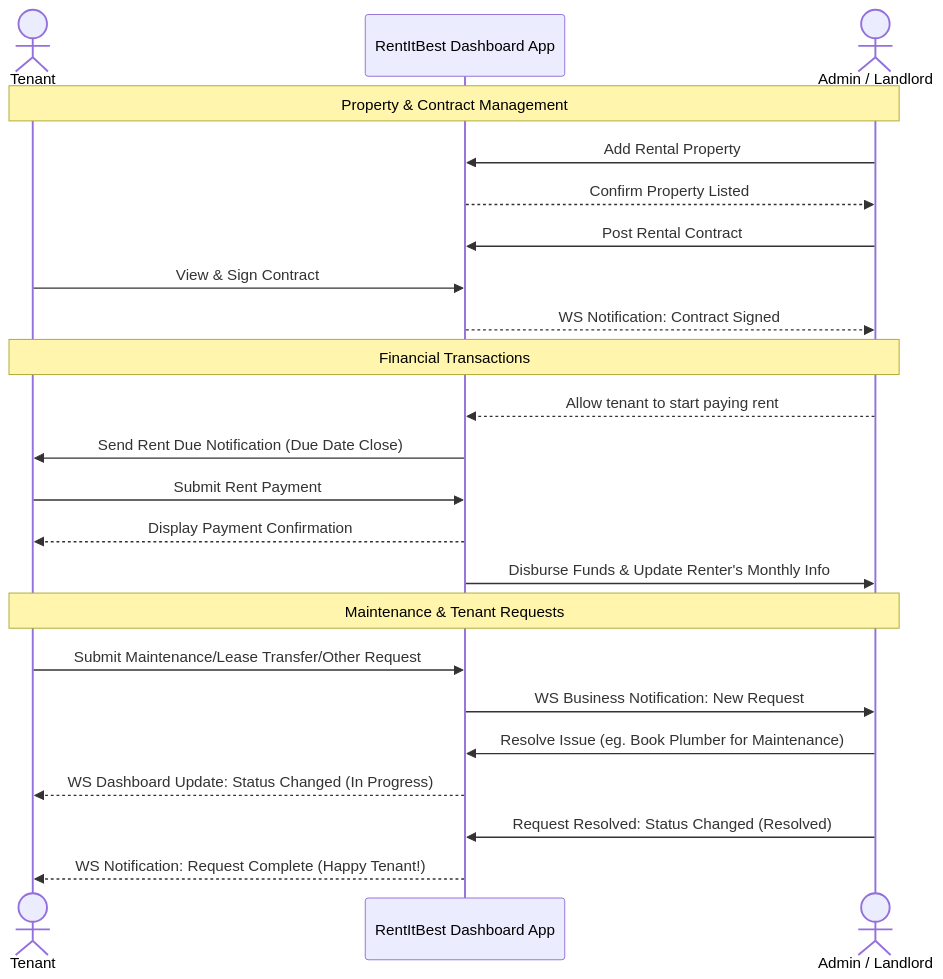
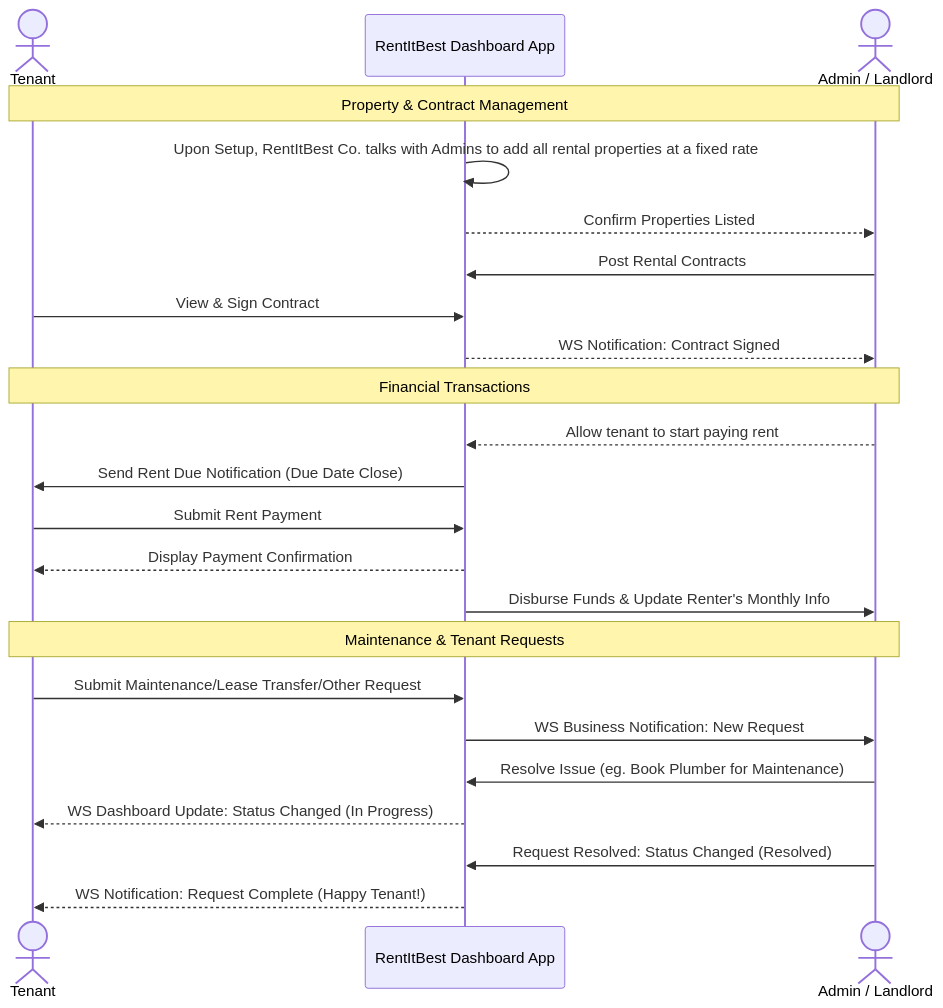
One commit to dylanexists/startup changed the diagram in README.md. Above: the diagram before and after it, drawn with Mermaid. The commit also changed other lines of this file, not shown here.

````diff
--- a/README.md
+++ b/README.md
@@ -33,28 +27,28 @@
 ```mermaid
 sequenceDiagram
     actor Tenant
     participant App as RentItBest Dashboard App
     actor Admin as Admin / Landlord
 
     note over Tenant, Admin: Property & Contract Management
-    Admin->>App: Add Rental Property
-    App-->>Admin: Confirm Property Listed
-    Admin->>App: Post Rental Contract
+    App->>App: Upon Setup, RentItBest Co. talks with Admins to add all rental properties at a fixed rate
+    App-->>Admin: Confirm Properties Listed
+    Admin->>App: Post Rental Contracts
     Tenant->>App: View & Sign Contract
     App-->>Admin: WS Notification: Contract Signed
 
     note over Tenant, Admin: Financial Transactions
     Admin-->>App: Allow tenant to start paying rent
     App->>Tenant: Send Rent Due Notification (Due Date Close)
     Tenant->>App: Submit Rent Payment
     App-->>Tenant: Display Payment Confirmation
     App->>Admin: Disburse Funds & Update Renter's Monthly Info
 
     note over Tenant, Admin: Maintenance & Tenant Requests
     Tenant->>App: Submit Maintenance/Lease Transfer/Other Request
     App->>Admin: WS Business Notification: New Request
     Admin->>App: Resolve Issue (eg. Book Plumber for Maintenance)
     App-->>Tenant: WS Dashboard Update: Status Changed (In Progress)
     Admin->>App: Request Resolved: Status Changed (Resolved)
     App-->>Tenant: WS Notification: Request Complete (Happy Tenant!)
 ```
````
